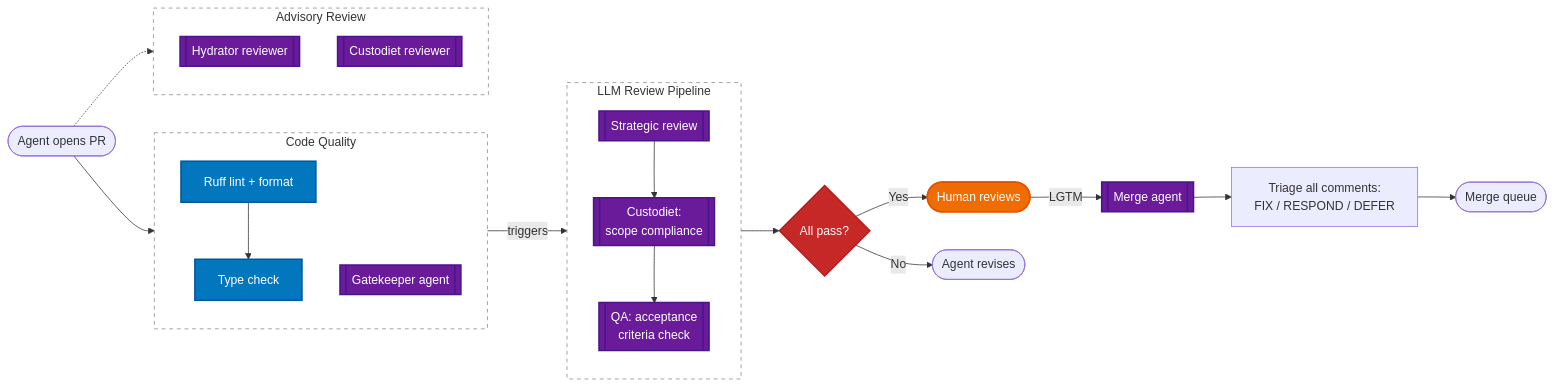
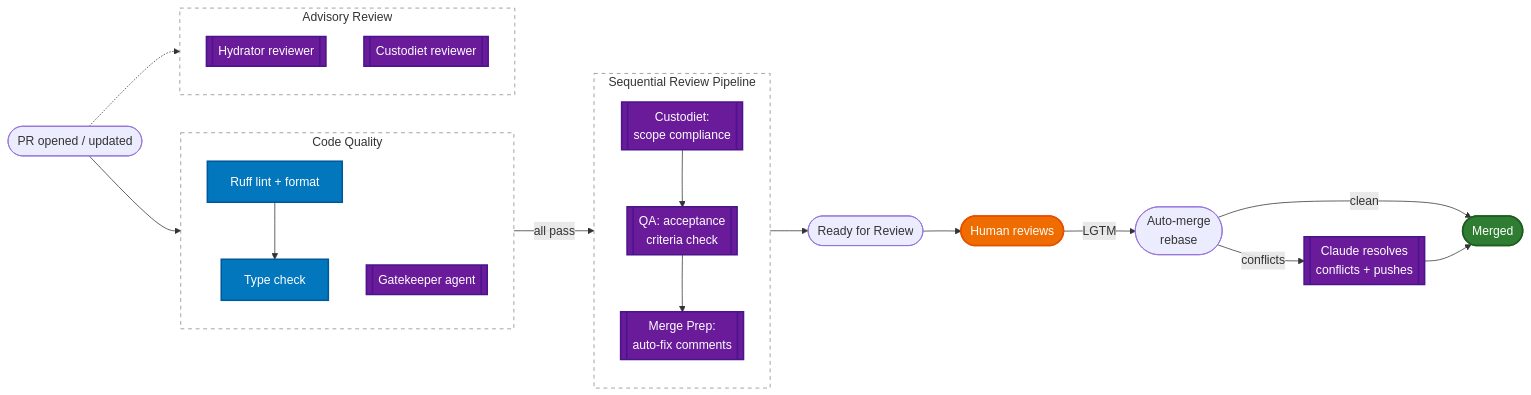
One commit to nicsuzor/academicOps changed the diagram in README.md. Above: the diagram before and after it, drawn with Mermaid. The commit also changed other lines of this file, not shown here.

Commit message:
docs: update README pipeline diagram to match current workflow
Reflects auto-merge + Claude conflict resolution flow, removes
outdated Strategic review and Merge queue references, adds
Merge Prep agent to the diagram.

````diff
--- a/README.md
+++ b/README.md
@@ -17,47 +17,49 @@
 ```mermaid
 flowchart LR
-    PR([Agent opens PR]) --> CQ
+    PR([PR opened / updated]) --> CQ
 
     subgraph CQ [Code Quality]
         Lint[Ruff lint + format]
         Gate[[Gatekeeper agent]]
         Types[Type check]
         Lint --> Types
     end
 
-    subgraph Review [LLM Review Pipeline]
+    subgraph Review [Sequential Review Pipeline]
         direction TB
-        Strat[[Strategic review]] --> Cust[[Custodiet:<br/>scope compliance]]
+        Cust[[Custodiet:<br/>scope compliance]]
         Cust --> QA[[QA: acceptance<br/>criteria check]]
+        QA --> MP[[Merge Prep:<br/>auto-fix comments]]
     end
 
     subgraph Async [Advisory Review]
         HydRev[[Hydrator reviewer]]
         CustRev[[Custodiet reviewer]]
     end
 
-    CQ -- triggers --> Review
+    CQ -- all pass --> Review
     PR -.-> Async
 
-    Review --> Approved{All pass?}
-    Approved -- Yes --> Human([Human reviews])
-    Approved -- No --> Revise([Agent revises])
+    Review --> Notify([Ready for Review])
+    Notify --> Human([Human reviews])
 
-    Human -- LGTM --> Merge[[Merge agent]]
-    Merge --> Triage[Triage all comments:<br/>FIX / RESPOND / DEFER]
-    Triage --> MQ([Merge queue])
+    Human -- LGTM --> AutoMerge([Auto-merge<br/>rebase])
+    AutoMerge -- conflicts --> Claude[[Claude resolves<br/>conflicts + pushes]]
+    AutoMerge -- clean --> Done([Merged])
+    Claude --> Done
 
     classDef agent fill:#6a1b9a,stroke:#4a148c,stroke-width:2px,color:#fff
     classDef gate fill:#c62828,stroke:#b71c1c,stroke-width:2px,color:#fff
     classDef action fill:#0277bd,stroke:#01579b,stroke-width:2px,color:#fff
     classDef human fill:#ef6c00,stroke:#e65100,stroke-width:2px,color:#fff
+    classDef success fill:#2e7d32,stroke:#1b5e20,stroke-width:2px,color:#fff
 
-    class Gate,Strat,Cust,QA,HydRev,CustRev,Merge agent
+    class Gate,Cust,QA,MP,HydRev,CustRev,Claude agent
     class Lint,Types action
     class Human human
-    class Approved gate
+    class Done success
 
     style CQ fill:none,stroke:#888,stroke-dasharray: 5 5
     style Review fill:none,stroke:#888,stroke-dasharray: 5 5
     style Async fill:none,stroke:#888,stroke-dasharray: 5 5
 ```
````
